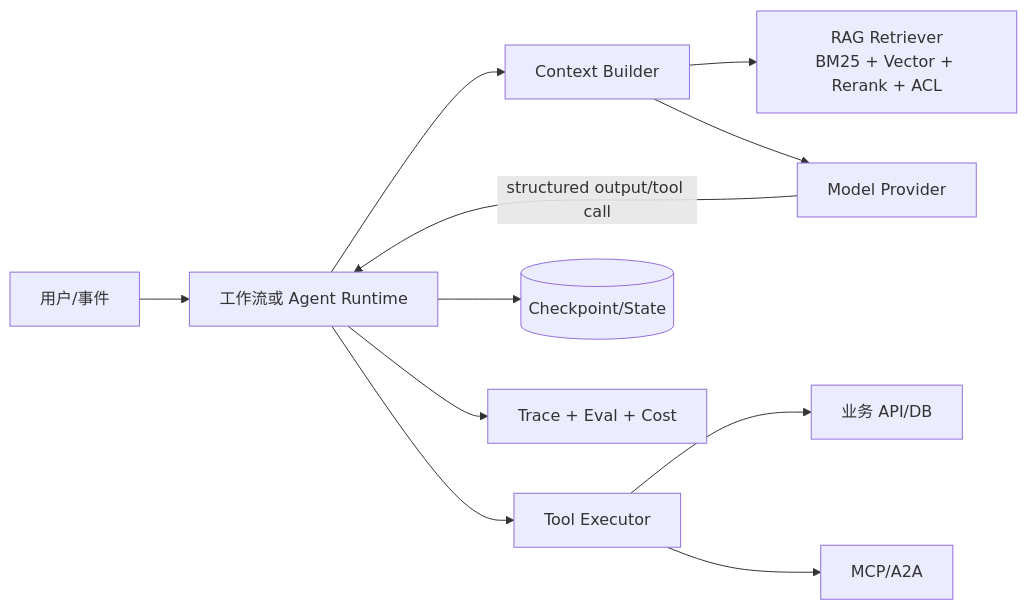
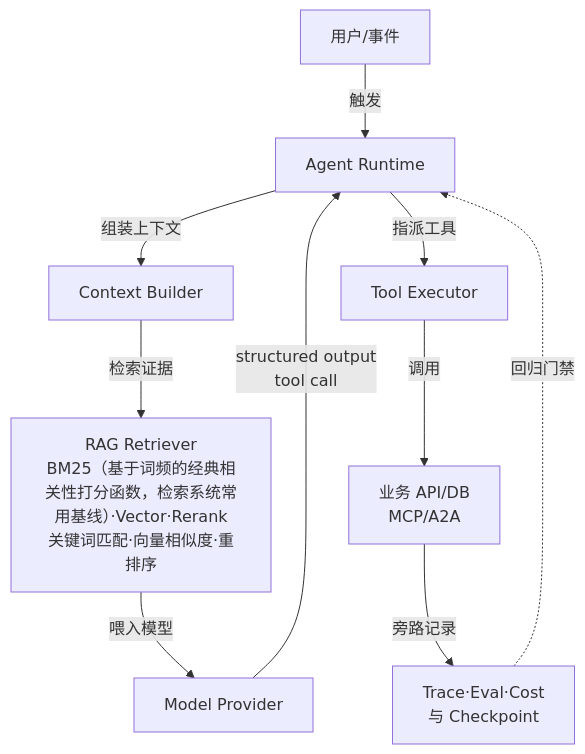
Before and after one commit to hub138/technical-knowledge: the third of 4 diagrams in vault/工程知识/AI 系统工程：从模型能力到生产能力/生态与选型/模型、框架、运行时与协议解决不同问题.md, drawn with Mermaid. The commit also changed other lines of this file and 622 other files, not shown here.

````diff
--- a/vault/工程知识/AI 系统工程：从模型能力到生产能力/生态与选型/模型、框架、运行时与协议解决不同问题.md
+++ b/vault/工程知识/AI 系统工程：从模型能力到生产能力/生态与选型/模型、框架、运行时与协议解决不同问题.md
@@ -184,13 +222,12 @@
 ```mermaid
-flowchart LR
-    U[用户/事件] --> W[工作流或 Agent Runtime]
-    W --> C[Context Builder]
-    C --> R[RAG Retriever\nBM25 + Vector + Rerank + ACL]
-    C --> M[Model Provider]
-    M -->|structured output/tool call| W
-    W --> T[Tool Executor]
-    T --> L[业务 API/DB]
-    T --> P[MCP/A2A]
-    W --> S[(Checkpoint/State)]
-    W --> E[Trace + Eval + Cost]
+flowchart TD
+    U[用户/事件] -->|触发| W[Agent Runtime]
+    W -->|组装上下文| C[Context Builder]
+    C -->|检索证据| R[RAG Retriever<br/>BM25（基于词频的经典相关性打分函数，检索系统常用基线）·Vector·Rerank<br/>关键词匹配·向量相似度·重排序]
+    R -->|喂入模型| M[Model Provider]
+    M -->|"structured output<br/>tool call"| W
+    W -->|指派工具| T[Tool Executor]
+    T -->|调用| L[业务 API/DB<br/>MCP/A2A]
+    L -->|旁路记录| E["Trace·Eval·Cost<br/>与 Checkpoint"]
+    E -. 回归门禁 .-> W
 ```
````
